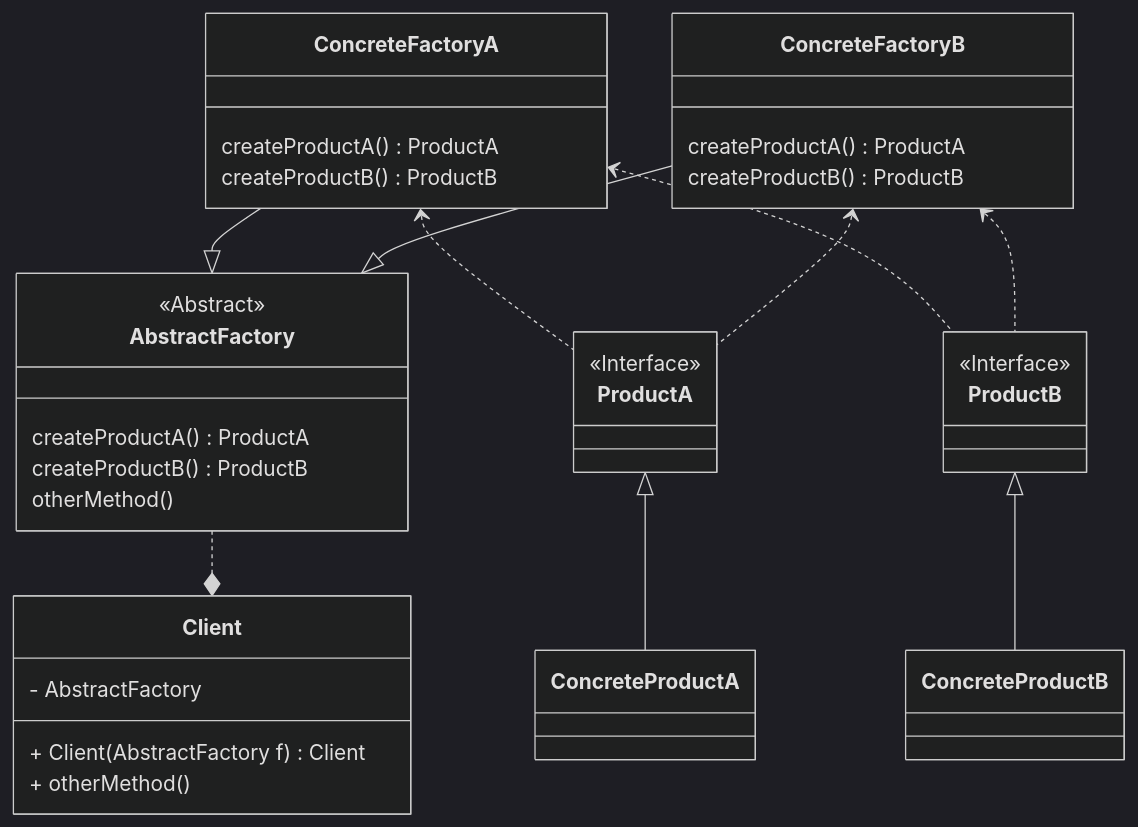
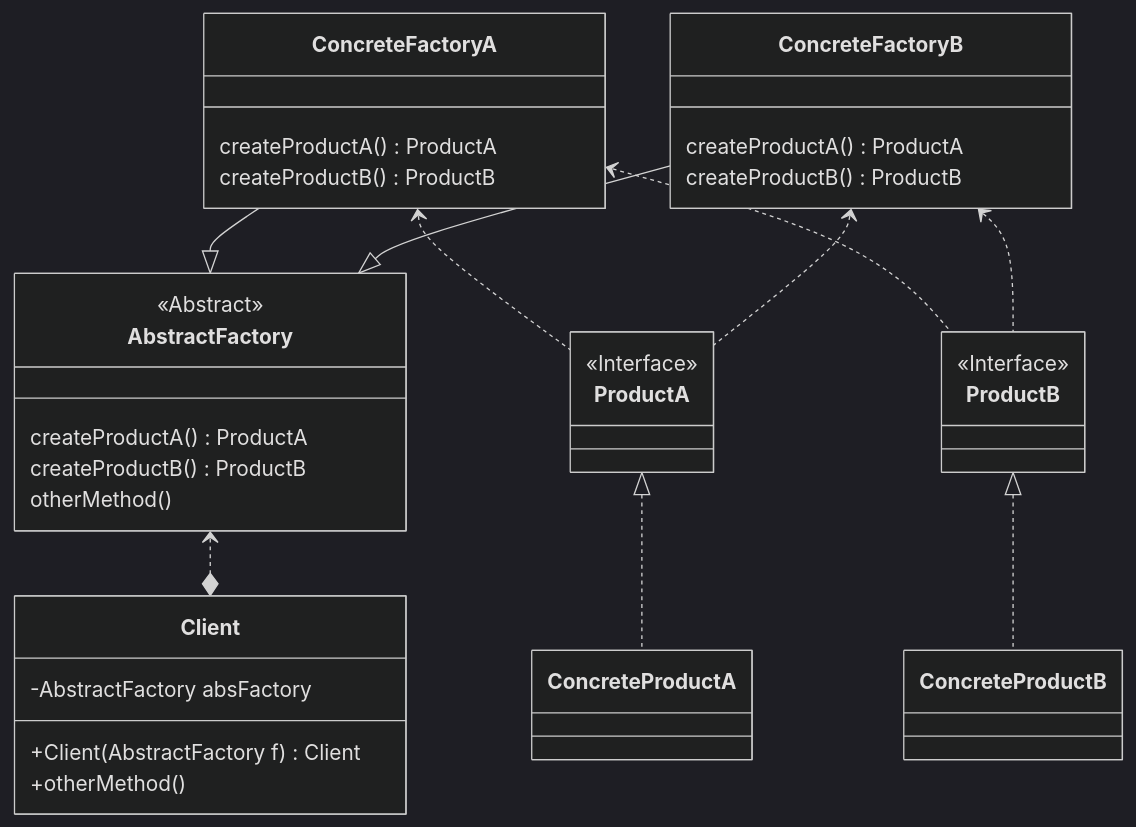
Before and after one commit to wangy325/java-review: the diagram in src/main/java/com/wangy/designpattern/creation/factory/abstractfactory/zypher.md, drawn with Mermaid (dark theme). The commit also changed 5 other files, not shown here.

Commit message:
[Design Pattern]: UML diagram fix

````diff
--- a/src/main/java/com/wangy/designpattern/creation/factory/abstractfactory/zypher.md
+++ b/src/main/java/com/wangy/designpattern/creation/factory/abstractfactory/zypher.md
@@ -24,45 +24,45 @@
 ```mermaid
 classDiagram
 class AbstractFactory {
   <<Abstract>>
   createProductA() ProductA
   createProductB() ProductB
   otherMethod()
 }
 
 ConcreteFactoryA --|> AbstractFactory
 class ConcreteFactoryA{
   createProductA() ProductA
   createProductB() ProductB
 }
 ConcreteFactoryB --|> AbstractFactory
 class ConcreteFactoryB {
   createProductA() ProductA
   createProductB() ProductB
 }
 
 ConcreteFactoryA <.. ProductA
 ConcreteFactoryA <.. ProductB
 class ProductA {
   <<Interface>>
 }
 
-ProductA <|-- ConcreteProductA
+ProductA <|.. ConcreteProductA
 class ConcreteProductA
 
 ConcreteFactoryB <.. ProductA
 ConcreteFactoryB <.. ProductB
 class ProductB {
   <<Interface>>
 }
-ProductB <|-- ConcreteProductB
+ProductB <|.. ConcreteProductB
 class ConcreteProductB
 
-AbstractFactory ..* Client
+AbstractFactory <..* Client
 class Client {
-  - AbstractFactory
-  + Client(AbstractFactory f) Client
-  + otherMethod()
+  -AbstractFactory absFactory
+  +Client(AbstractFactory f) Client
+  +otherMethod()
 }
 
 ```
````
